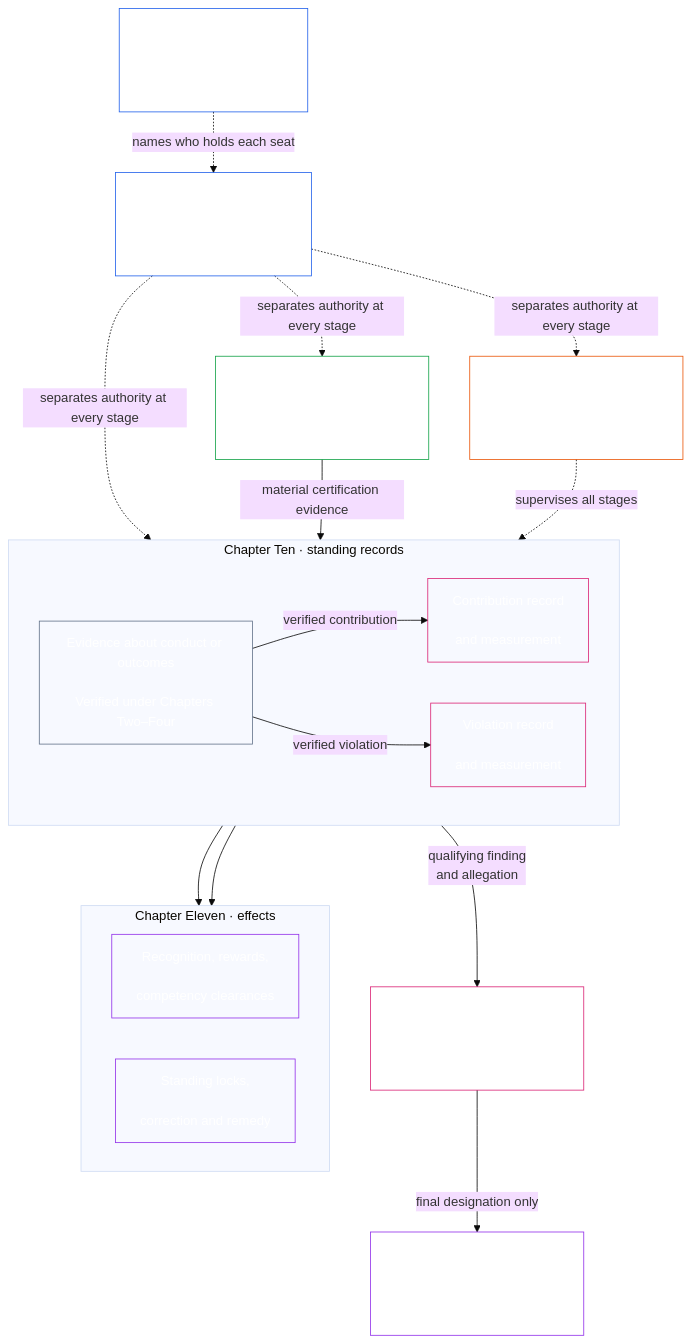
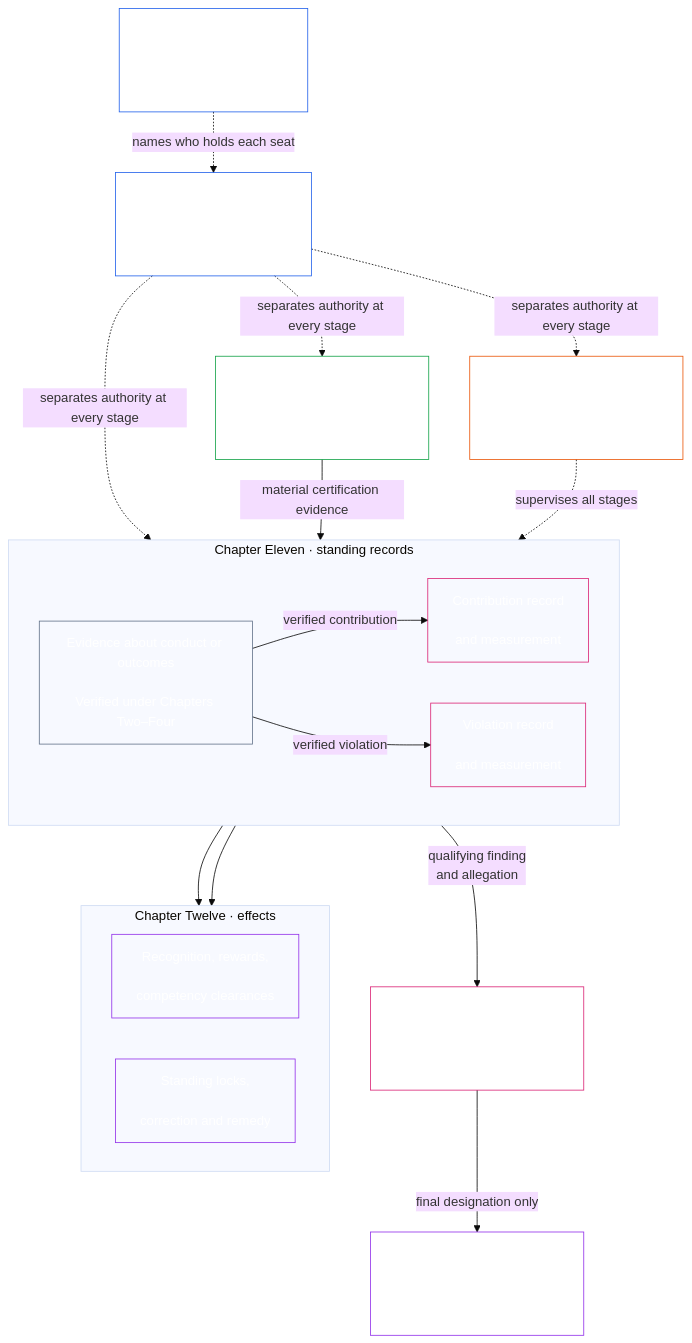
One commit to kfoelsch/Sentient_Constitution changed diagram 15 of 24 in guides/CONCEPTUAL_OVERVIEW.md. Above: the diagram before and after it, drawn with Mermaid (base theme). The commit also changed other lines of this file and 461 other files, not shown here.

First line of the commit message:
Chapters Ten to Eighteen renumbered to Eleven to Nineteen (move 172, stage 1 of 3)

````diff
--- a/guides/CONCEPTUAL_OVERVIEW.md
+++ b/guides/CONCEPTUAL_OVERVIEW.md
@@ -711,43 +711,43 @@
 ```mermaid
 flowchart TB
     K["Chapter Seven<br/><br/>System and Institutional<br/>Charters"]
     D["Chapter Eight<br/><br/>Functional independence<br/>and separation of duties"]
     S["Chapter Nine<br/><br/>System alignment certification"]
-    subgraph Q["Chapter Ten · standing records"]
+    subgraph Q["Chapter Eleven · standing records"]
         direction LR
         E["Evidence about conduct or outcomes<br/><br/>Verified under Chapters Two–Four"]
         C["Contribution record<br/><br/>and measurement"]
         V["Violation record<br/><br/>and measurement"]
     end
-    subgraph N["Chapter Eleven · effects"]
+    subgraph N["Chapter Twelve · effects"]
         direction LR
         U["Recognition, rewards,<br/><br/>competency clearances"]
         R["Standing locks,<br/><br/>correction and remedy"]
     end
-    M["Chapter Twelve<br/><br/>Anti-constitutional misconduct review"]
-    L["Chapter Eleven<br/><br/>Anti-Constitutional Trust Lock"]
-    F["Chapter Thirteen forums<br/><br/>Supervision, challenge and timely review"]
+    M["Chapter Thirteen<br/><br/>Anti-constitutional misconduct review"]
+    L["Chapter Twelve<br/><br/>Anti-Constitutional Trust Lock"]
+    F["Chapter Fourteen forums<br/><br/>Supervision, challenge and timely review"]
     K -.->|names who holds each seat| D
     D -.->|separates authority at every stage| S
     D -.->|separates authority at every stage| E
     D -.->|separates authority at every stage| F
     C --> U
     V --> R
     M -->|final designation only| L
     V -->|qualifying finding<br/>and allegation| M
     S -->|material certification evidence| E
     E -->|verified contribution| C
     E -->|verified violation| V
     F -.->|supervises all stages| E
     style K fill:none,stroke:#2563eb,color:#ffffff
     style D fill:none,stroke:#2563eb,color:#ffffff
     style S fill:none,stroke:#16a34a,color:#ffffff
     style E fill:none,stroke:#64748b,color:#ffffff
     style C fill:none,stroke:#db2777,color:#ffffff
     style V fill:none,stroke:#db2777,color:#ffffff
     style U fill:none,stroke:#9333ea,color:#ffffff
     style R fill:none,stroke:#9333ea,color:#ffffff
     style M fill:none,stroke:#db2777,color:#ffffff
     style L fill:none,stroke:#9333ea,color:#ffffff
     style F fill:none,stroke:#ea580c,color:#ffffff
 ```
````
